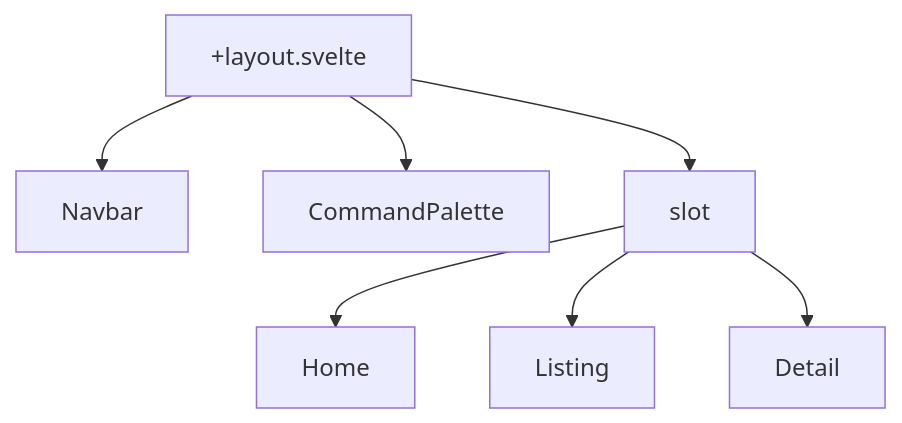
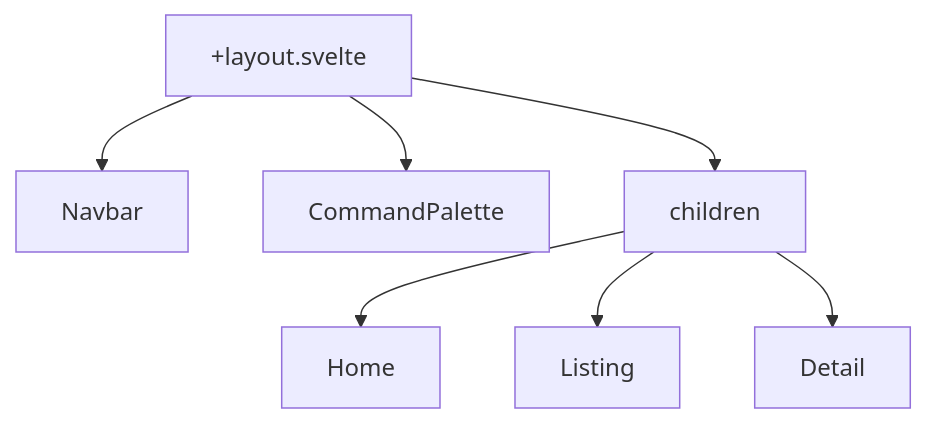
Before and after one commit to ajmalk/cubehill: the second of 2 diagrams in docs/product/pages-and-layout.md, drawn with Mermaid. The commit also changed other lines of this file and 7 other files, not shown here.

````diff
--- a/docs/product/pages-and-layout.md
+++ b/docs/product/pages-and-layout.md
@@ -110,5 +110,5 @@
 ```mermaid
 flowchart TD
-    Layout[+layout.svelte] --> Navbar & CmdPal[CommandPalette] & Slot[slot]
-    Slot --> Home & Listing & Detail
+    Layout[+layout.svelte] --> Navbar & CmdPal[CommandPalette] & Children[children]
+    Children --> Home & Listing & Detail
 ```
````
